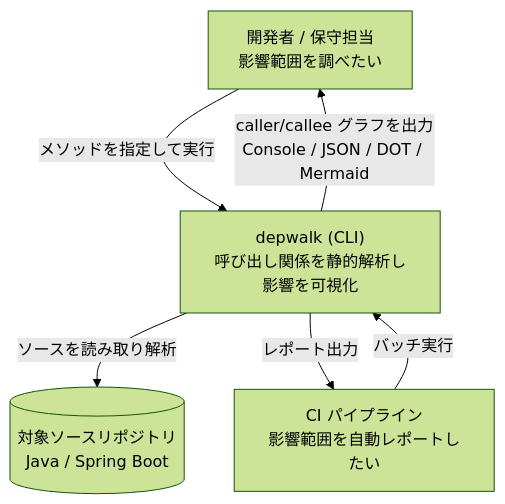
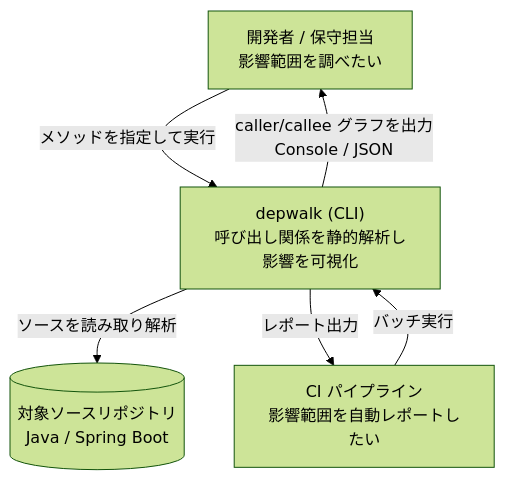
Before and after one commit to Fukuemon/depwalk: the first of 3 diagrams in design/DesignDoc.md, drawn with Mermaid (forest theme). The commit also changed other lines of this file and 6 other files, not shown here.

````diff
--- a/design/DesignDoc.md
+++ b/design/DesignDoc.md
@@ -109,13 +109,13 @@
 ```mermaid
 flowchart TD
     dev["開発者 / 保守担当<br/>影響範囲を調べたい"]
     ci["CI パイプライン<br/>影響範囲を自動レポートしたい"]
     sys["depwalk (CLI)<br/>呼び出し関係を静的解析し影響を可視化"]
     src[("対象ソースリポジトリ<br/>Java / Spring Boot")]
 
     dev -->|"メソッドを指定して実行"| sys
     ci -->|"バッチ実行"| sys
     sys -->|"ソースを読み取り解析"| src
-    sys -->|"caller/callee グラフを出力<br/>Console / JSON / DOT / Mermaid"| dev
+    sys -->|"caller/callee グラフを出力<br/>Console / JSON"| dev
     sys -->|"レポート出力"| ci
 ```
````
